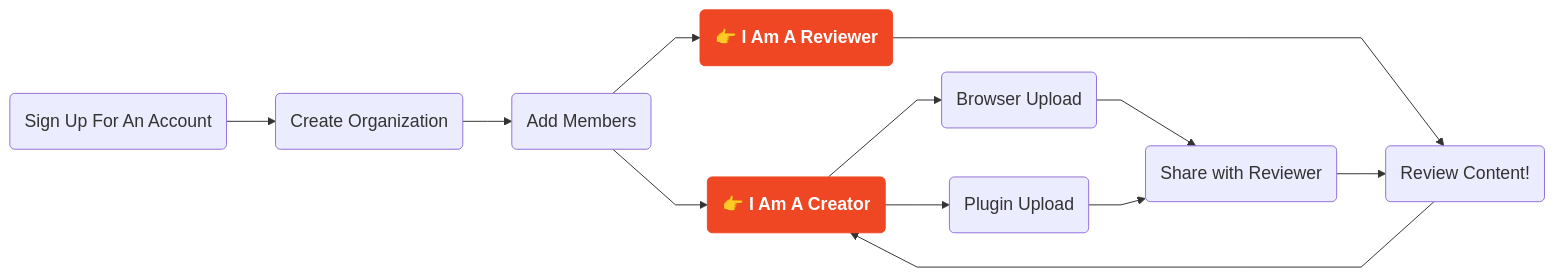
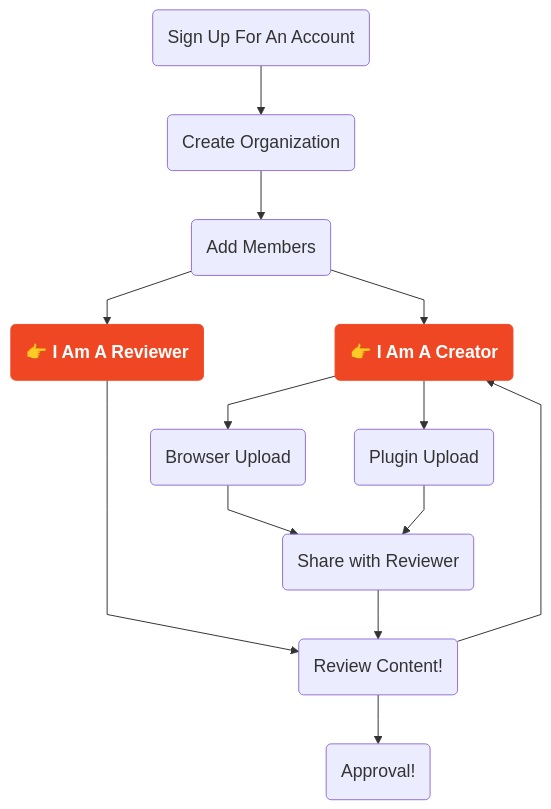
The diagram in src/content/docs/01_Getting_Started/introduction.mdx (180-studios/shale-docs), drawn with Mermaid before and after one commit. The commit also changed other lines of this file and 4 other files, not shown here.

````diff
--- a/src/content/docs/01_Getting_Started/introduction.mdx
+++ b/src/content/docs/01_Getting_Started/introduction.mdx
@@ -64,19 +67,20 @@
 ```mermaid
 %%{init: {'flowchart': {'curve': 'linear'}, 'themeVariables': {'fontSize': '18px'}}}%%
-flowchart LR
+flowchart TD
   A(Sign Up For An Account)
   A --> B(Create Organization)
   B --> C(Add Members)
   C --> D("<b>👉 I Am A Creator</b>") & E("<b>👉 I Am A Reviewer</b>")
   D --> F(Browser Upload) & G(Plugin Upload)
   E ----> H(Review Content!)
   F & G --> I(Share with Reviewer)
   I --> H
   H --> D
+  H --> J(Approval!)
 
   click D href "/02_creator/creator-quick-start" "Creator Quick Start"
   click E href "/03_reviewer/reviewer-quick-start" "Reviewer Quick Start"
 
   style D fill:#ef4723,color:#fff,stroke:#ef4723,cursor:pointer,font-weight:bold
   style E fill:#ef4723,color:#fff,stroke:#ef4723,cursor:pointer,font-weight:bold
 ```
````
